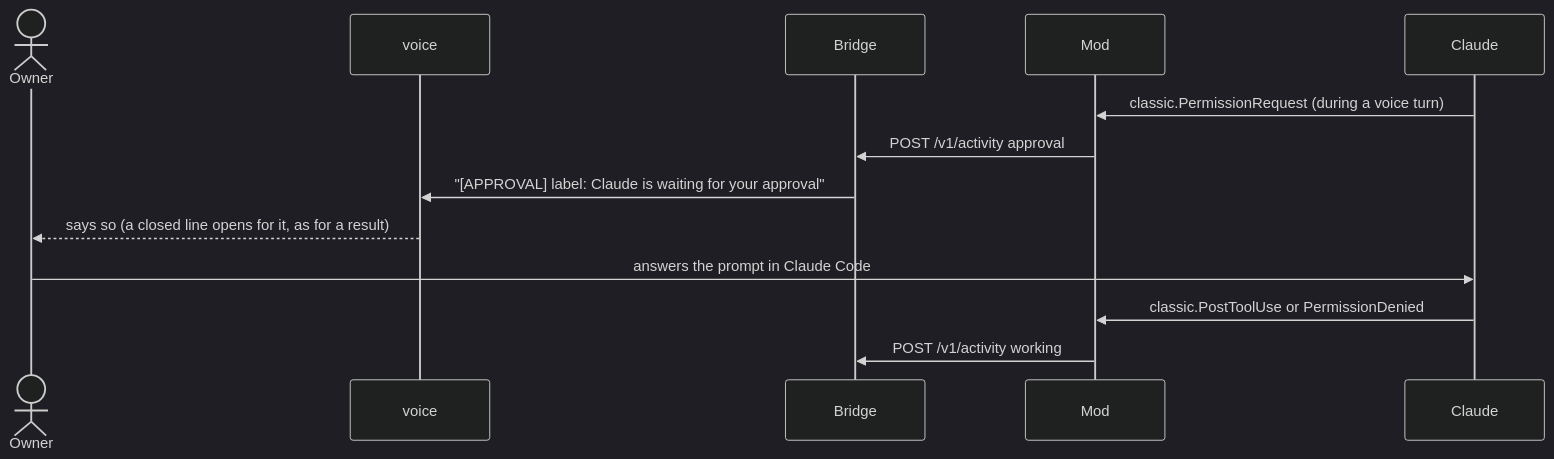
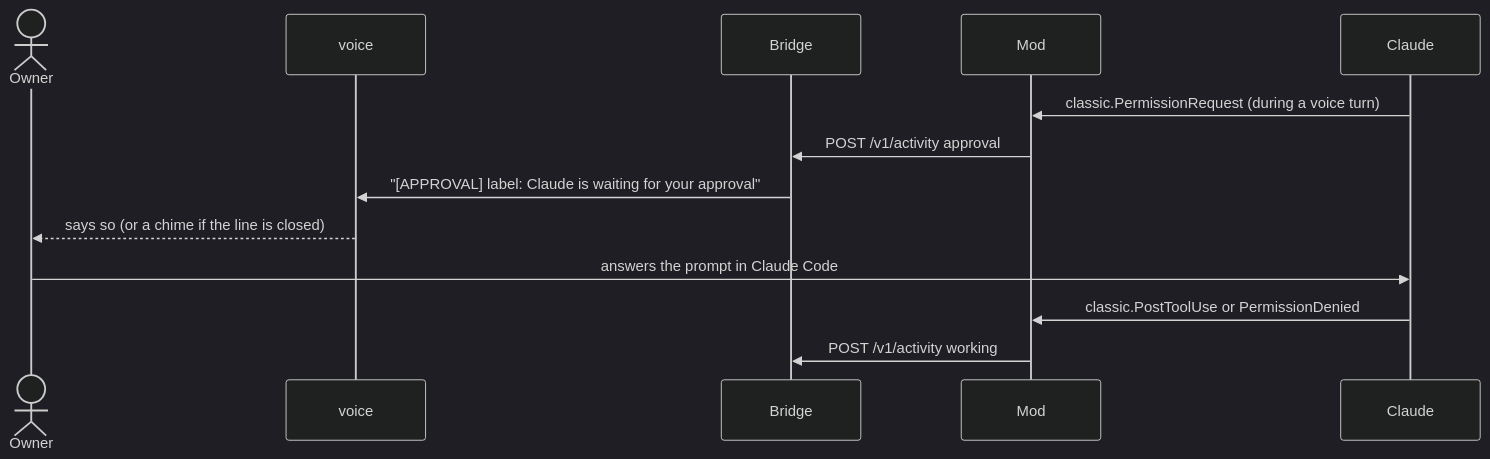
Before and after one commit to Nezhinskiy/claude-gpt-live-bridge: the seventh of 8 diagrams in docs/architecture/overview.md, drawn with Mermaid (dark theme). The commit also changed other lines of this file and 9 other files, not shown here.

First line of the commit message:
fix(app): the bridge decides which line opens the closed line

````diff
--- a/docs/architecture/overview.md
+++ b/docs/architecture/overview.md
@@ -307,15 +309,15 @@
 ```mermaid
 sequenceDiagram
   actor Owner
   participant Codex as voice
   participant Bridge
   participant Mod
   participant Claude
   Claude->>Mod: classic.PermissionRequest (during a voice turn)
   Mod->>Bridge: POST /v1/activity approval
   Bridge->>Codex: "[APPROVAL] label: Claude is waiting for your approval"
-  Codex-->>Owner: says so (a closed line opens for it, as for a result)
+  Codex-->>Owner: says so (or a chime if the line is closed)
   Owner->>Claude: answers the prompt in Claude Code
   Claude->>Mod: classic.PostToolUse or PermissionDenied
   Mod->>Bridge: POST /v1/activity working
 ```
````
